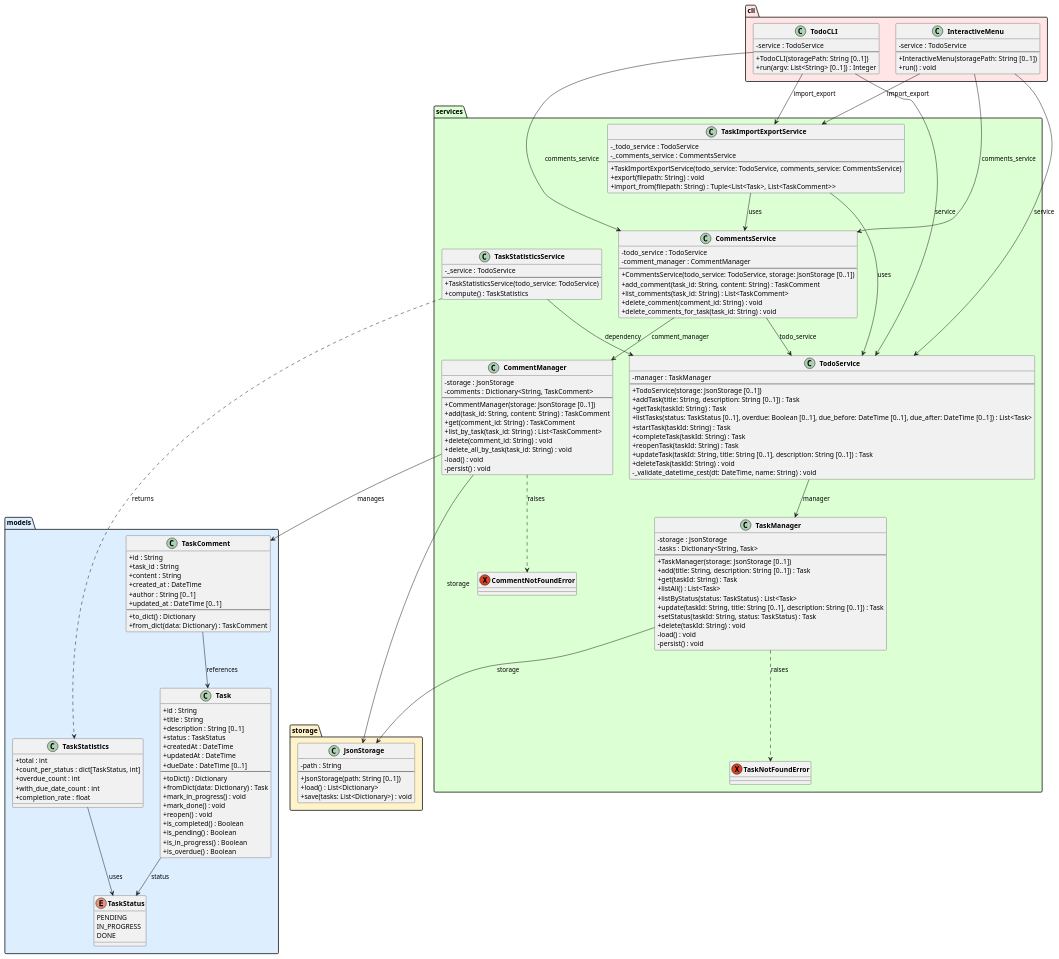
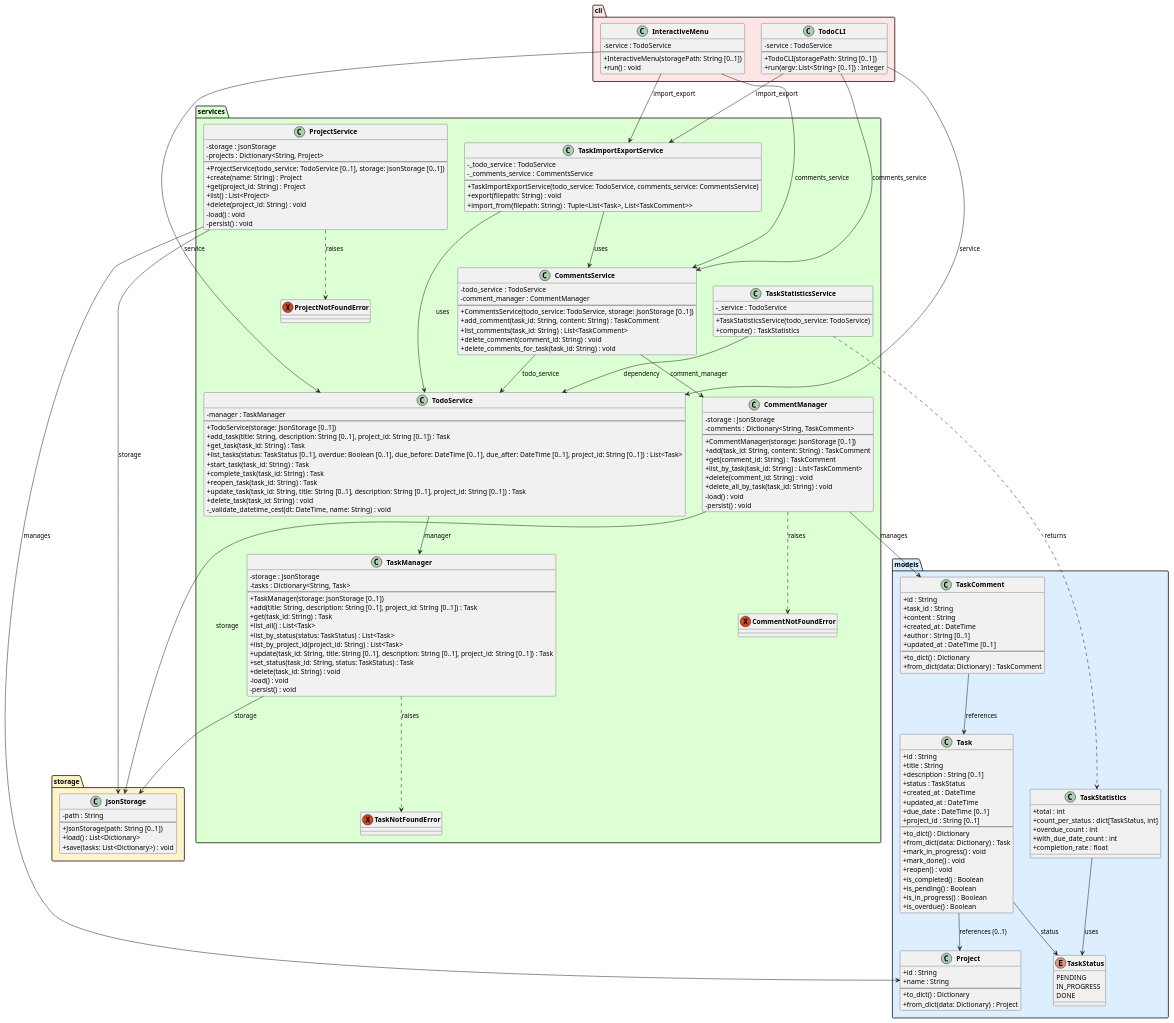
One commit to DanielRiha8906/Software_autoevolution_using_agents changed the diagram in experiments/supervisor_as_tools/test_driven/TODO/artifacts/class_diagram.puml. Above: the diagram before and after it, drawn with PlantUML. The commit also changed 9 other files, not shown here.

First line of the commit message:
task 08 | Add Project support with ProjectService

```diff
--- a/experiments/supervisor_as_tools/test_driven/TODO/artifacts/class_diagram.puml
+++ b/experiments/supervisor_as_tools/test_driven/TODO/artifacts/class_diagram.puml
@@ -22,17 +22,26 @@
         +from_dict(data: Dictionary) : TaskComment
     }
 
+    class Project {
+        +id : String
+        +name : String
+        --
+        +to_dict() : Dictionary
+        +from_dict(data: Dictionary) : Project
+    }
+
     class Task {
         +id : String
         +title : String
         +description : String [0..1]
         +status : TaskStatus
-        +createdAt : DateTime
-        +updatedAt : DateTime
-        +dueDate : DateTime [0..1]
+        +created_at : DateTime
+        +updated_at : DateTime
+        +due_date : DateTime [0..1]
+        +project_id : String [0..1]
         --
-        +toDict() : Dictionary
-        +fromDict(data: Dictionary) : Task
+        +to_dict() : Dictionary
+        +from_dict(data: Dictionary) : Task
         +mark_in_progress() : void
         +mark_done() : void
         +reopen() : void
@@ -64,19 +73,21 @@
 package "services" #DDFFD4 {
     exception TaskNotFoundError
     exception CommentNotFoundError
+    exception ProjectNotFoundError
 
     class TaskManager {
         -storage : JsonStorage
         -tasks : Dictionary<String, Task>
         --
         +TaskManager(storage: JsonStorage [0..1])
-        +add(title: String, description: String [0..1]) : Task
-        +get(taskId: String) : Task
-        +listAll() : List<Task>
-        +listByStatus(status: TaskStatus) : List<Task>
-        +update(taskId: String, title: String [0..1], description: String [0..1]) : Task
-        +setStatus(taskId: String, status: TaskStatus) : Task
-        +delete(taskId: String) : void
+        +add(title: String, description: String [0..1], project_id: String [0..1]) : Task
+        +get(task_id: String) : Task
+        +list_all() : List<Task>
+        +list_by_status(status: TaskStatus) : List<Task>
+        +list_by_project_id(project_id: String) : List<Task>
+        +update(task_id: String, title: String [0..1], description: String [0..1], project_id: String [0..1]) : Task
+        +set_status(task_id: String, status: TaskStatus) : Task
+        +delete(task_id: String) : void
         -load() : void
         -persist() : void
     }
@@ -99,15 +110,28 @@
         -manager : TaskManager
         --
         +TodoService(storage: JsonStorage [0..1])
-        +addTask(title: String, description: String [0..1]) : Task
-        +getTask(taskId: String) : Task
-        +listTasks(status: TaskStatus [0..1], overdue: Boolean [0..1], due_before: DateTime [0..1], due_after: DateTime [0..1]) : List<Task>
-        +startTask(taskId: String) : Task
-        +completeTask(taskId: String) : Task
-        +reopenTask(taskId: String) : Task
-        +updateTask(taskId: String, title: String [0..1], description: String [0..1]) : Task
-        +deleteTask(taskId: String) : void
+        +add_task(title: String, description: String [0..1], project_id: String [0..1]) : Task
+        +get_task(task_id: String) : Task
+        +list_tasks(status: TaskStatus [0..1], overdue: Boolean [0..1], due_before: DateTime [0..1], due_after: DateTime [0..1], project_id: String [0..1]) : List<Task>
+        +start_task(task_id: String) : Task
+        +complete_task(task_id: String) : Task
+        +reopen_task(task_id: String) : Task
+        +update_task(task_id: String, title: String [0..1], description: String [0..1], project_id: String [0..1]) : Task
+        +delete_task(task_id: String) : void
         -_validate_datetime_cest(dt: DateTime, name: String) : void
+    }
+
+    class ProjectService {
+        -storage : JsonStorage
+        -projects : Dictionary<String, Project>
+        --
+        +ProjectService(todo_service: TodoService [0..1], storage: JsonStorage [0..1])
+        +create(name: String) : Project
+        +get(project_id: String) : Project
+        +list() : List<Project>
+        +delete(project_id: String) : void
+        -load() : void
+        -persist() : void
     }
 
     class CommentsService {
@@ -155,9 +179,13 @@
 }
 
 Task --> TaskStatus : status
+Task --> Project : references (0..1)
 TaskComment --> Task : references
 TaskManager --> JsonStorage : storage
 TaskManager ..> TaskNotFoundError : raises
+ProjectService --> Project : manages
+ProjectService --> JsonStorage : storage
+ProjectService ..> ProjectNotFoundError : raises
 CommentManager --> JsonStorage : storage
 CommentManager --> TaskComment : manages
 CommentManager ..> CommentNotFoundError : raises
```
